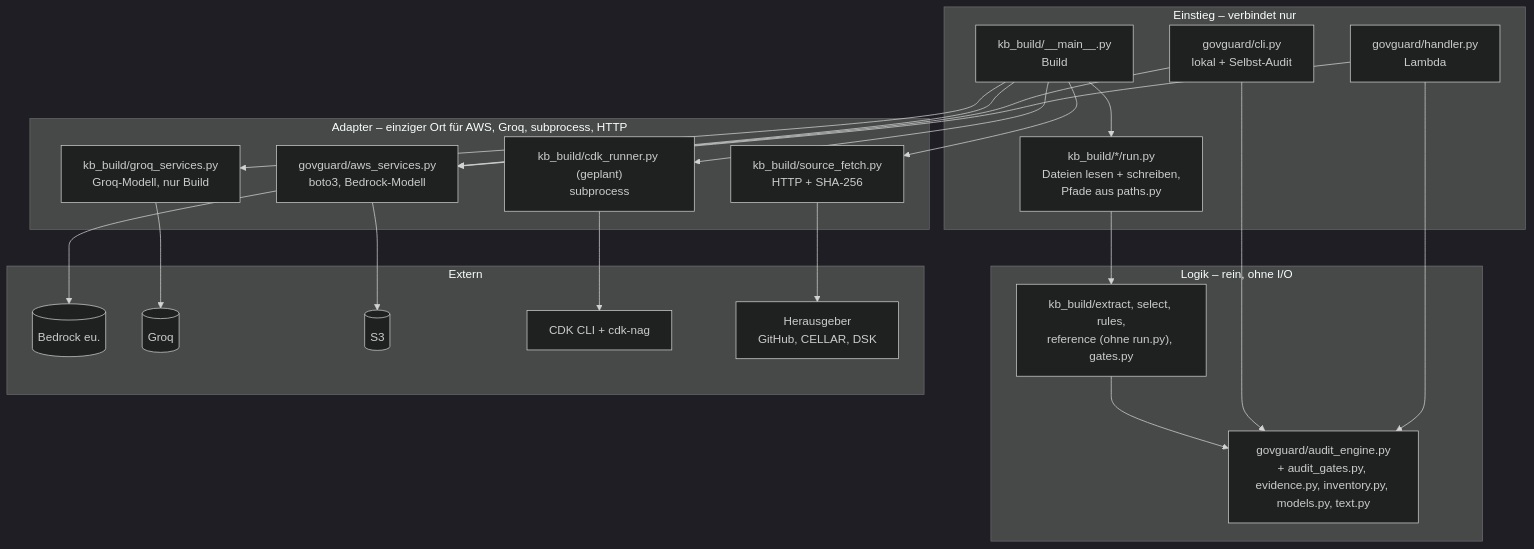
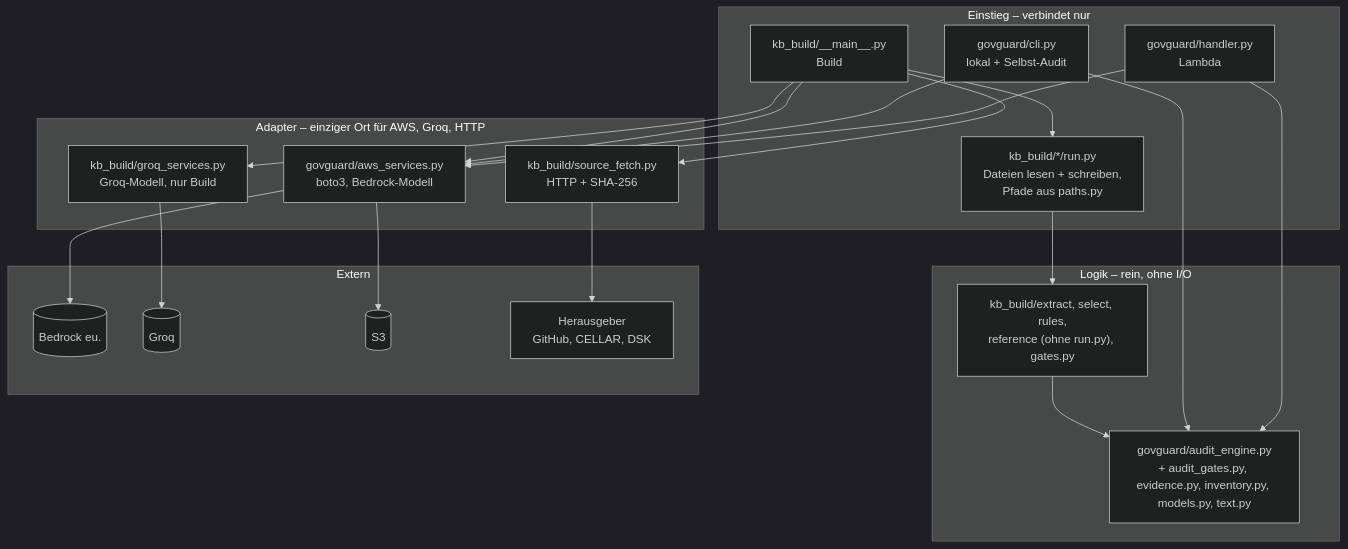
The fourth of 4 diagrams in docs/ARCHITECTURE.md (Daniel74/GovGuard), drawn with Mermaid (dark theme) before and after one commit. The commit also changed other lines of this file and 11 other files, not shown here.

````diff
--- a/docs/ARCHITECTURE.md
+++ b/docs/ARCHITECTURE.md
@@ -232,35 +232,32 @@
 ```mermaid
 flowchart TB
   subgraph E["Einstieg – verbindet nur"]
     H["govguard/handler.py<br/>Lambda"]
     C["govguard/cli.py<br/>lokal + Selbst-Audit"]
     M["kb_build/__main__.py<br/>Build"]
     R["kb_build/*/run.py<br/>Dateien lesen + schreiben,<br/>Pfade aus paths.py"]
   end
   subgraph L["Logik – rein, ohne I/O"]
     AE["govguard/audit_engine.py<br/>+ audit_gates.py, evidence.py, inventory.py, models.py, text.py"]
     KB["kb_build/extract, select, rules,<br/>reference (ohne run.py), gates.py"]
   end
-  subgraph A["Adapter – einziger Ort für AWS, Groq, subprocess, HTTP"]
+  subgraph A["Adapter – einziger Ort für AWS, Groq, HTTP"]
     AWS["govguard/aws_services.py<br/>boto3, Bedrock-Modell"]
     GQ["kb_build/groq_services.py<br/>Groq-Modell, nur Build"]
-    CDK["kb_build/cdk_runner.py (geplant)<br/>subprocess"]
     FE["kb_build/source_fetch.py<br/>HTTP + SHA-256"]
   end
   subgraph X["Extern"]
     B[("Bedrock eu.")]
     G[("Groq")]
     S3[("S3")]
-    CL["CDK CLI + cdk-nag"]
     HG["Herausgeber<br/>GitHub, CELLAR, DSK"]
   end
   H & C --> AE
   H & C --> AWS
   M --> R --> KB
-  M --> AWS & GQ & CDK & FE
+  M --> AWS & GQ & FE
   KB --> AE
   AWS --> B & S3
   GQ --> G
-  CDK --> CL
   FE --> HG
 ```
````
